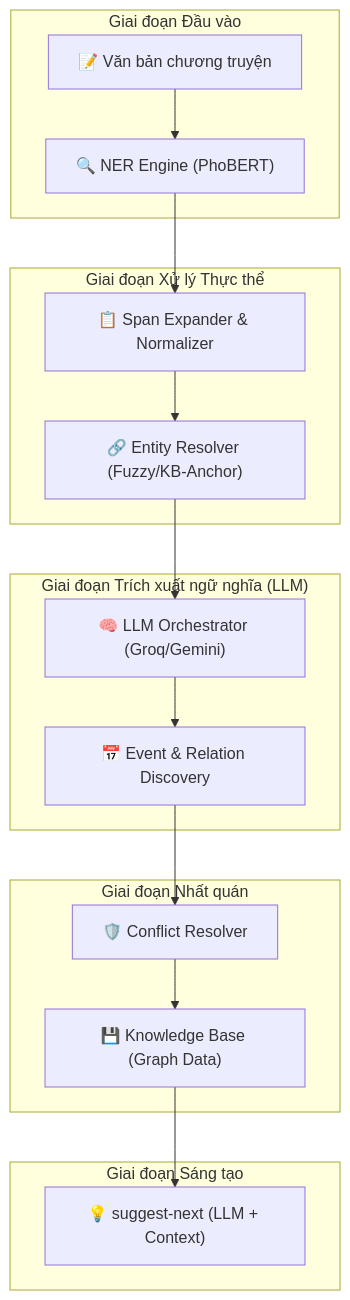
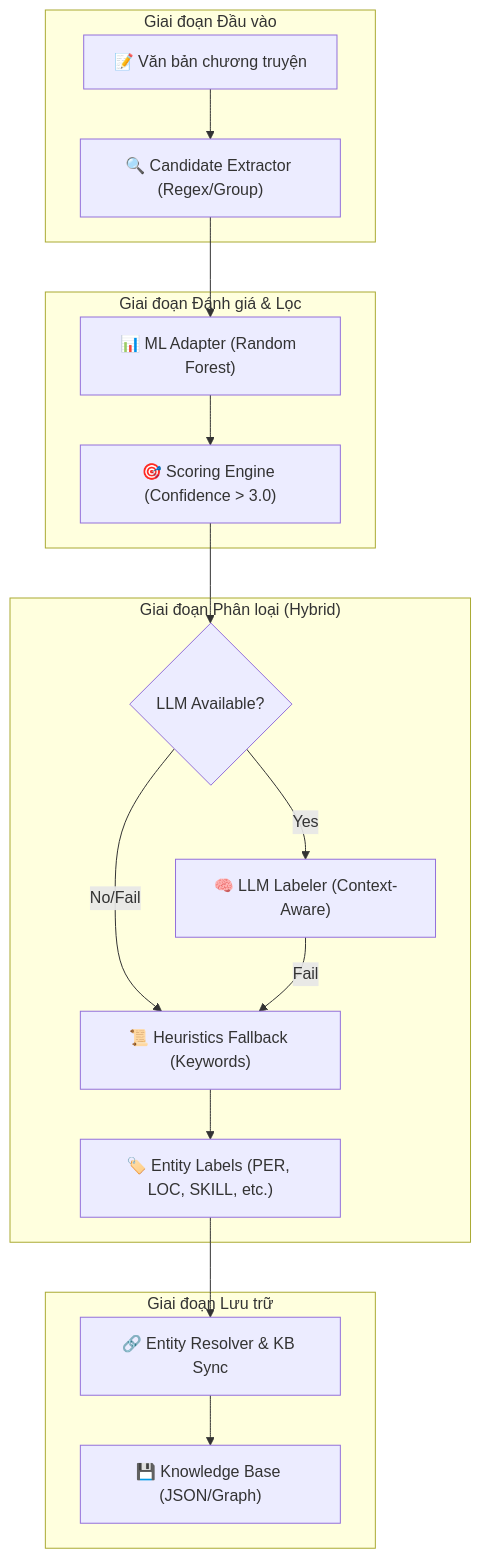
Before and after one commit to Ephurin/Novel_sharing_platform: the diagram in ai-service/README.md, drawn with Mermaid. The commit also changed other lines of this file, not shown here.

````diff
--- a/ai-service/README.md
+++ b/ai-service/README.md
@@ -17,25 +17,24 @@
 ```mermaid
 flowchart TD
     subgraph Input["Giai đoạn Đầu vào"]
-        A["📝 Văn bản chương truyện"] --> B["🔍 NER Engine (PhoBERT)"]
+        A["📝 Văn bản chương truyện"] --> B["🔍 Candidate Extractor (Regex/Group)"]
     end
 
-    subgraph Processing["Giai đoạn Xử lý Thực thể"]
-        B --> C["📋 Span Expander & Normalizer"]
-        C --> D["🔗 Entity Resolver (Fuzzy/KB-Anchor)"]
+    subgraph Scoring["Giai đoạn Đánh giá & Lọc"]
+        B --> C["📊 ML Adapter (Random Forest)"]
+        C --> D["🎯 Scoring Engine (Confidence > 3.0)"]
     end
 
-    subgraph Extraction["Giai đoạn Trích xuất ngữ nghĩa (LLM)"]
-        D --> E["🧠 LLM Orchestrator (Groq/Gemini)"]
-        E --> F["📅 Event & Relation Discovery"]
+    subgraph Labeling["Giai đoạn Phân loại (Hybrid)"]
+        D --> E{LLM Available?}
+        E -- Yes --> F["🧠 LLM Labeler (Context-Aware)"]
+        E -- No/Fail --> G["📜 Heuristics Fallback (Keywords)"]
+        F -- Fail --> G
+        G --> H["🏷️ Entity Labels (PER, LOC, SKILL, etc.)"]
     end
 
-    subgraph Consistency["Giai đoạn Nhất quán"]
-        F --> G["🛡️ Conflict Resolver"]
-        G --> H["💾 Knowledge Base (Graph Data)"]
-    end
-
-    subgraph Suggestion["Giai đoạn Sáng tạo"]
-        H --> I["💡 suggest-next (LLM + Context)"]
+    subgraph Persistence["Giai đoạn Lưu trữ"]
+        H --> I["🔗 Entity Resolver & KB Sync"]
+        I --> J["💾 Knowledge Base (JSON/Graph)"]
     end
 ```
````
